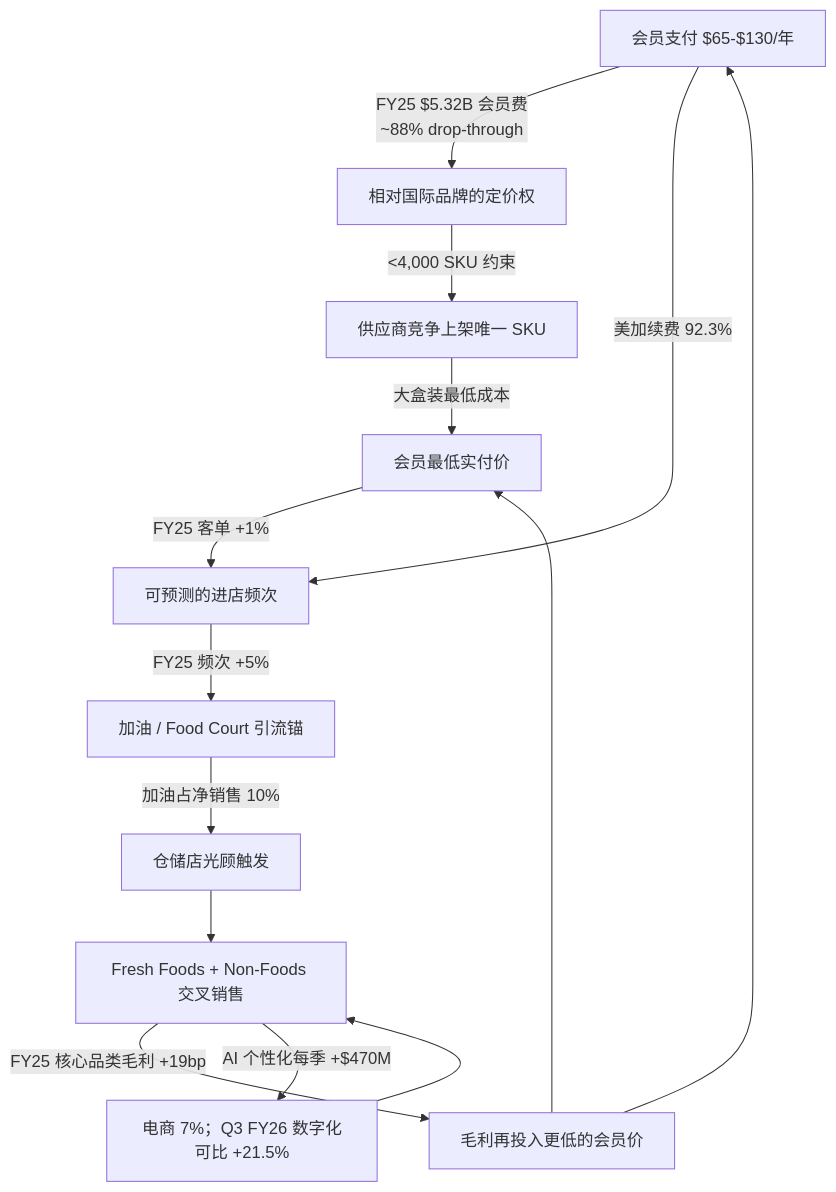
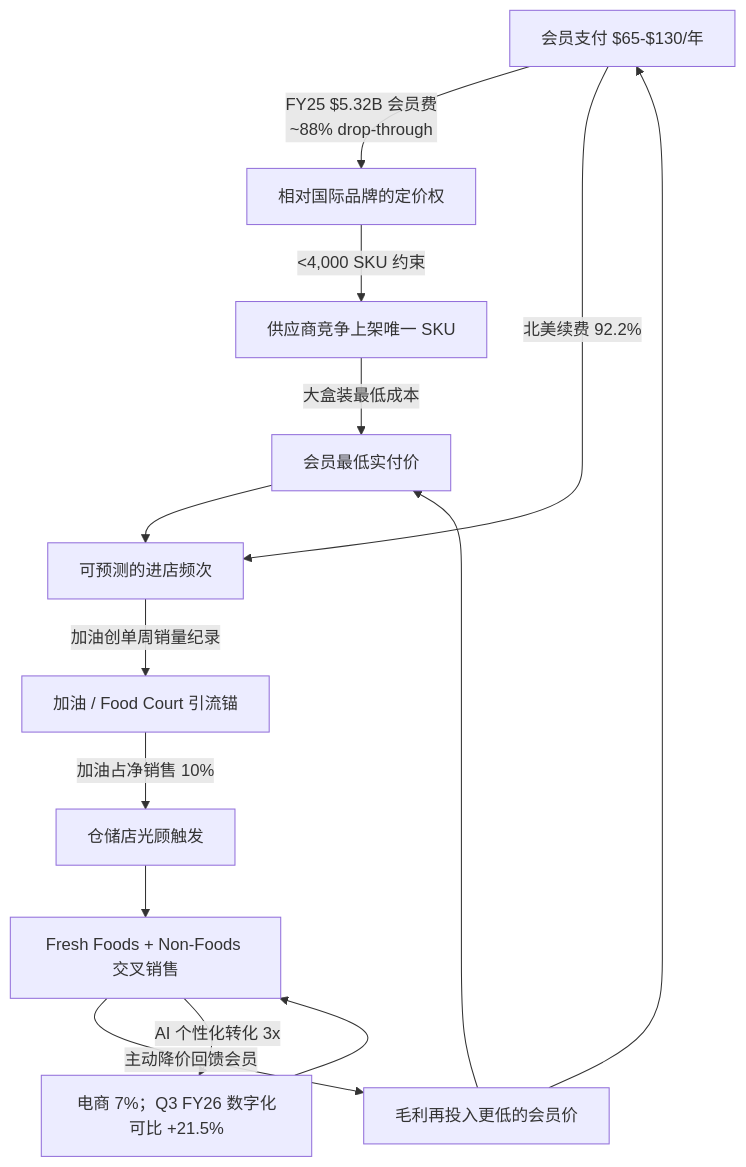
The second of 4 diagrams in reports/company/Costco_好市多_NASDAQ_COST/Costco_好市多_NASDAQ_COST_Research_Document_zh.md (dadachundan/financial_agent), drawn with Mermaid before and after one commit. The commit also changed other lines of this file and 9 other files, not shown here.

````diff
--- a/reports/company/Costco_好市多_NASDAQ_COST/Costco_好市多_NASDAQ_COST_Research_Document_zh.md
+++ b/reports/company/Costco_好市多_NASDAQ_COST/Costco_好市多_NASDAQ_COST_Research_Document_zh.md
@@ -149,16 +651,16 @@
 ```mermaid
 graph TD
     A[会员支付 $65-$130/年] -->|FY25 $5.32B 会员费<br/>~88% drop-through| B[相对国际品牌的定价权]
-    A -->|美加续费 92.3%| C[可预测的进店频次]
+    A -->|北美续费 92.2%| C[可预测的进店频次]
     B -->|<4,000 SKU 约束| D[供应商竞争上架唯一 SKU]
     D -->|大盒装最低成本| E[会员最低实付价]
-    E -->|FY25 客单 +1%| C
-    C -->|FY25 频次 +5%| F[加油 / Food Court 引流锚]
+    E --> C
+    C -->|加油创单周销量纪录| F[加油 / Food Court 引流锚]
     F -->|加油占净销售 10%| G[仓储店光顾触发]
     G --> H[Fresh Foods + Non-Foods 交叉销售]
-    H -->|FY25 核心品类毛利 +19bp| I[毛利再投入更低的会员价]
+    H -->|主动降价回馈会员| I[毛利再投入更低的会员价]
     I --> E
     I --> A
-    H -->|AI 个性化每季 +$470M| J[电商 7%；Q3 FY26 数字化可比 +21.5%]
+    H -->|AI 个性化转化 3x| J[电商 7%；Q3 FY26 数字化可比 +21.5%]
     J --> H
 ```
````
